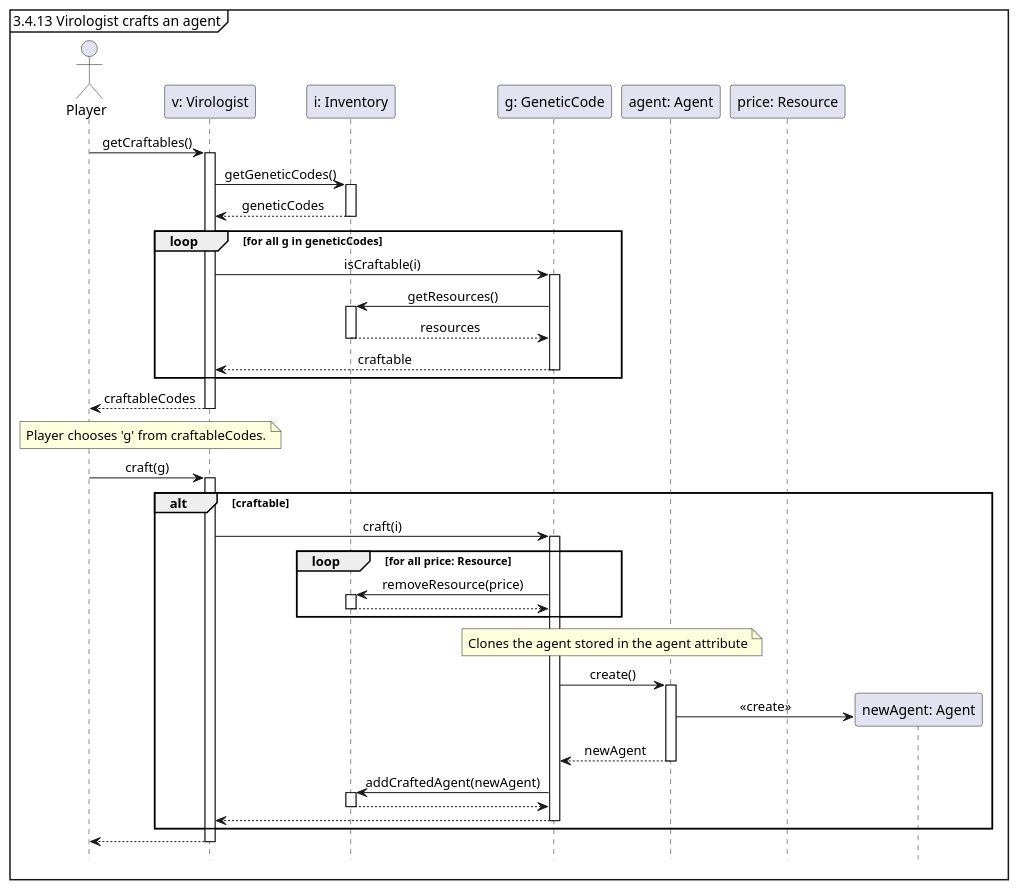
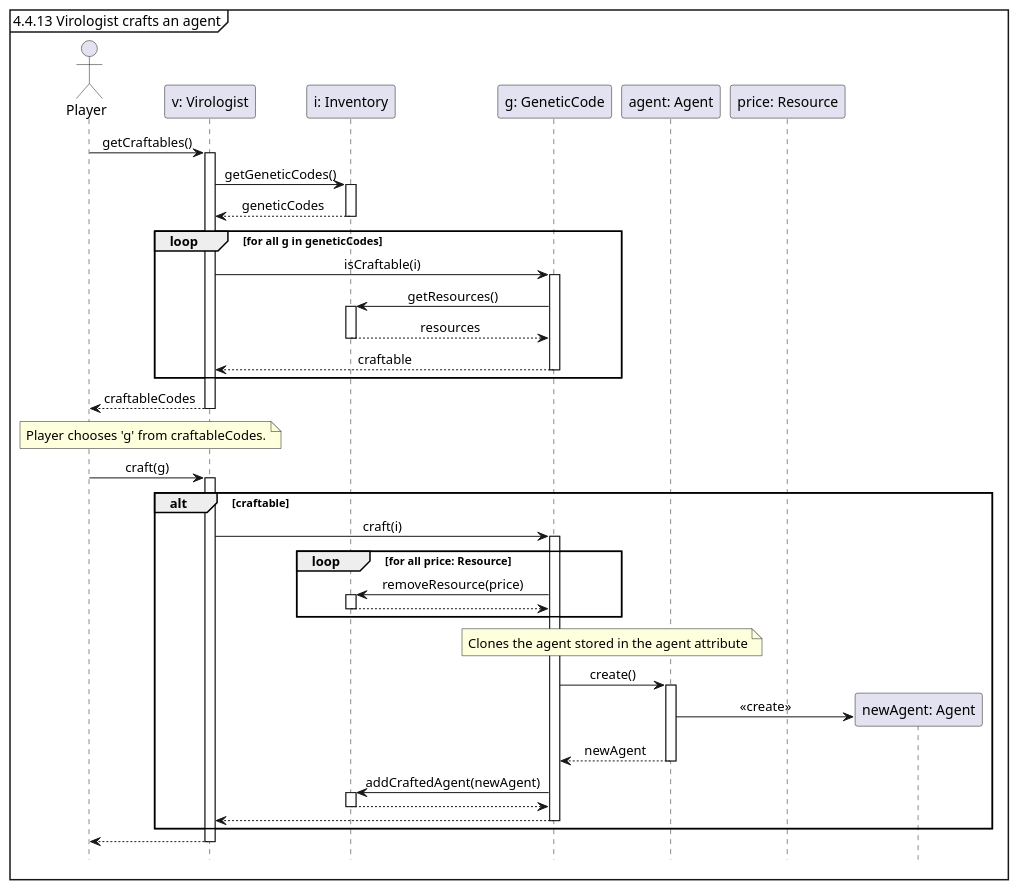
Before and after one commit to Tschonti/503-service-unavailable: the diagram in docs/seqDiagrams/11craftAnAgent.puml, drawn with PlantUML. The commit also changed 17 other files, not shown here.

```diff
--- a/docs/seqDiagrams/11craftAnAgent.puml
+++ b/docs/seqDiagrams/11craftAnAgent.puml
@@ -1,48 +1,48 @@
 @startuml
 'https://plantuml.com/sequence-diagram
 
 hide footbox
 skinparam sequenceMessageAlign center
 
-mainframe 3.4.13 Virologist crafts an agent
+mainframe 4.4.13 Virologist crafts an agent
 
 actor Player as p
 participant "v: Virologist" as v
 participant "i: Inventory" as i
 participant "g: GeneticCode" as g
 participant "agent: Agent" as a1
 participant "price: Resource"
 participant "newAgent: Agent" as a2
 
 p -> v ++ : getCraftables()
 
     v -> i ++ : getGeneticCodes()
     return geneticCodes
 
     loop for all g in geneticCodes
         v -> g ++ : isCraftable(i)
             g -> i ++ : getResources()
             return resources
         return craftable
     end
 return craftableCodes
 
 note over p,v: Player chooses 'g' from craftableCodes.
 p -> v ++ : craft(g)
     alt craftable
         v -> g ++ : craft(i)
             loop for all price: Resource
                 g -> i ++ : removeResource(price)
                 return
             end
             note over g, a1 : Clones the agent stored in the agent attribute
             g -> a1 ++ : create()
                 a1 -> a2 ** : <<create>>
             return newAgent
             g -> i ++ : addCraftedAgent(newAgent)
             return
         return
     end
 return
 
 @enduml
```
